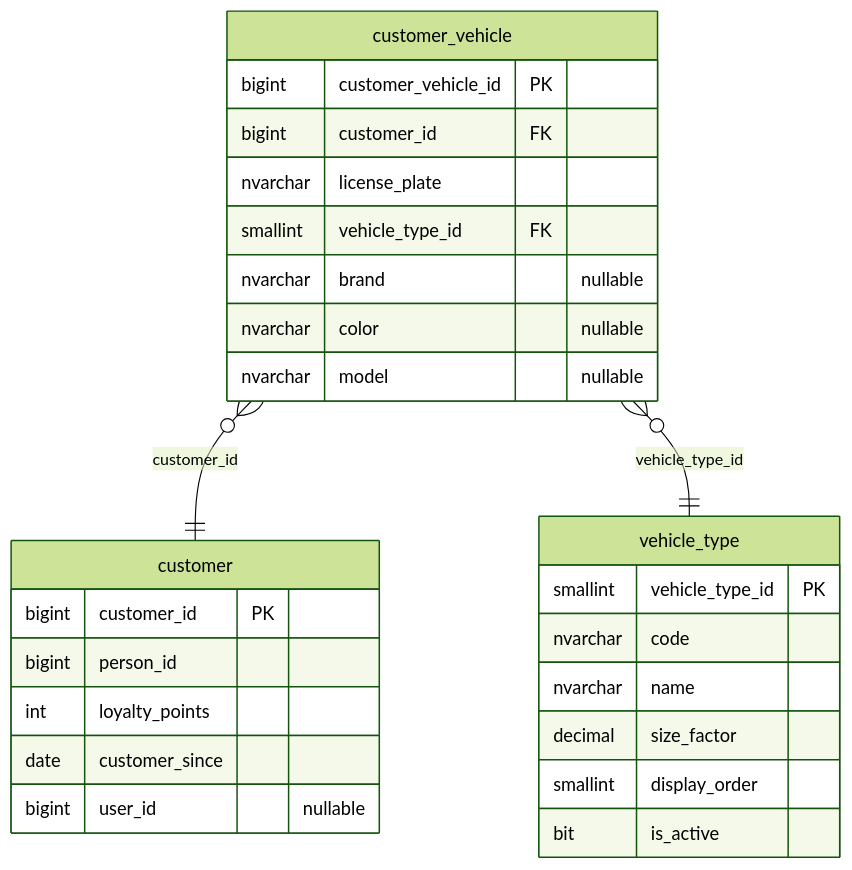
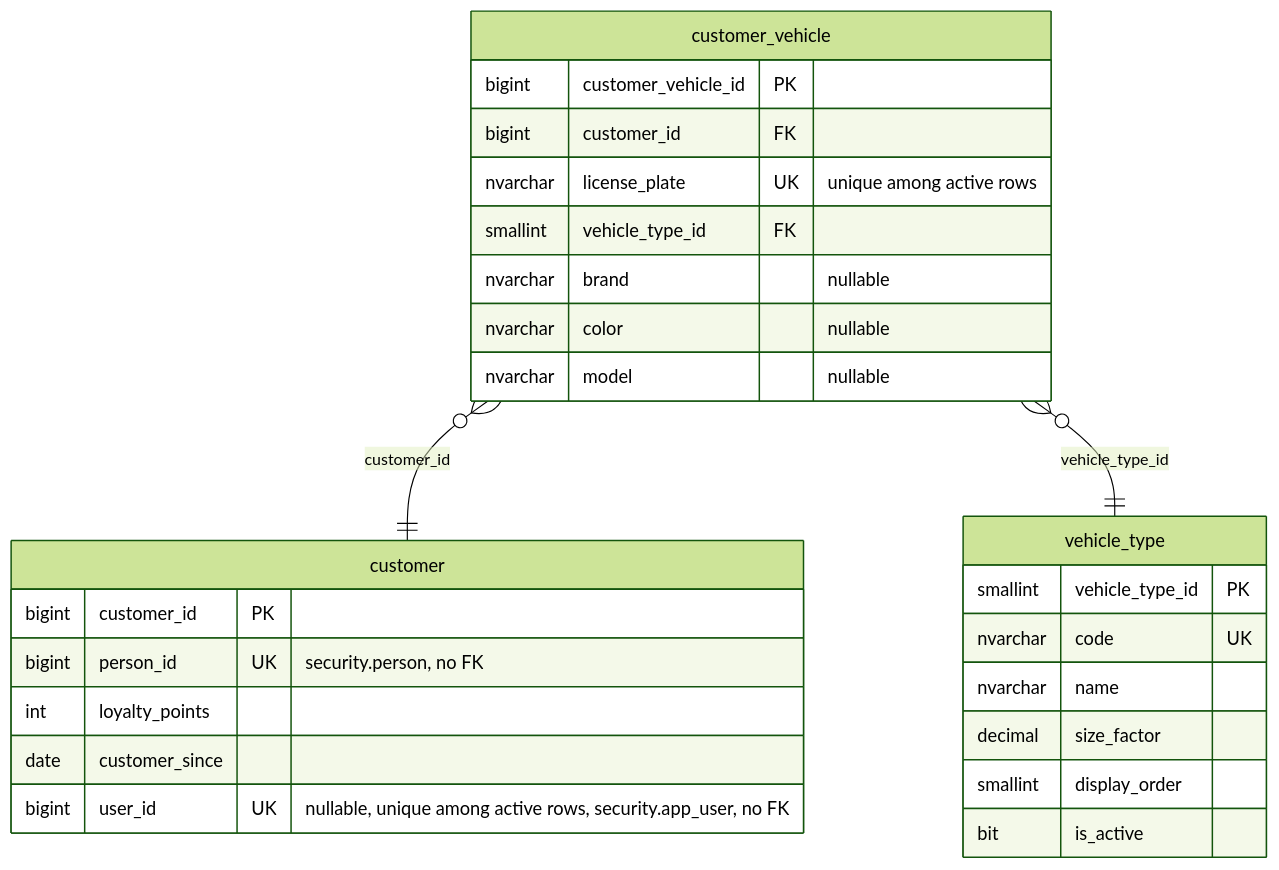
One commit to code-sena/vehicle-w-docs changed the diagram in 08-uml/diagrams/source/erd-customer.md. Above: the diagram before and after it, drawn with Mermaid (forest theme). The commit also changed other lines of this file and 1 other file, not shown here.

First line of the commit message:
docs(data): rebuild the customer data model and ER diagram from the changelogs

````diff
--- a/08-uml/diagrams/source/erd-customer.md
+++ b/08-uml/diagrams/source/erd-customer.md
@@ -7,29 +5,29 @@
 ```mermaid
 erDiagram
+    vehicle_type {
+        smallint vehicle_type_id PK
+        nvarchar code UK
+        nvarchar name
+        decimal size_factor
+        smallint display_order
+        bit is_active
+    }
     customer {
         bigint customer_id PK
-        bigint person_id
+        bigint person_id UK "security.person, no FK"
         int loyalty_points
         date customer_since
-        bigint user_id "nullable"
+        bigint user_id UK "nullable, unique among active rows, security.app_user, no FK"
     }
     customer_vehicle {
         bigint customer_vehicle_id PK
         bigint customer_id FK
-        nvarchar license_plate
+        nvarchar license_plate UK "unique among active rows"
         smallint vehicle_type_id FK
         nvarchar brand "nullable"
         nvarchar color "nullable"
         nvarchar model "nullable"
     }
-    vehicle_type {
-        smallint vehicle_type_id PK
-        nvarchar code
-        nvarchar name
-        decimal size_factor
-        smallint display_order
-        bit is_active
-    }
     customer_vehicle }o--|| customer : "customer_id"
     customer_vehicle }o--|| vehicle_type : "vehicle_type_id"
 ```
````
